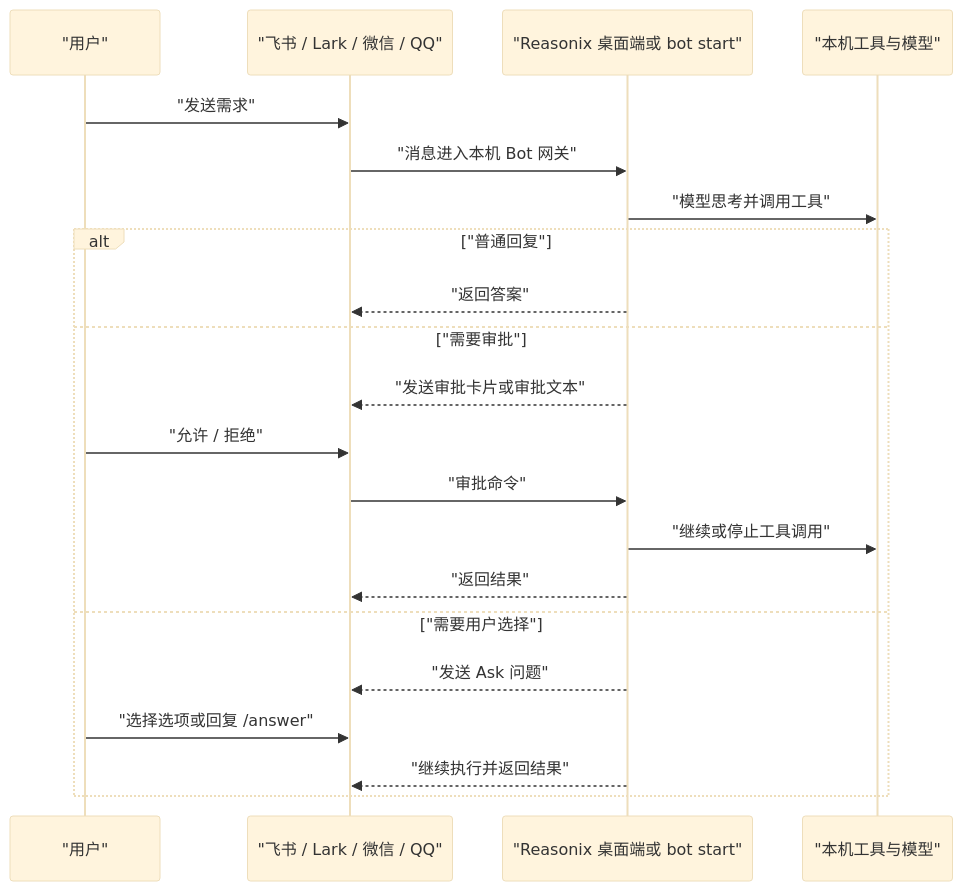
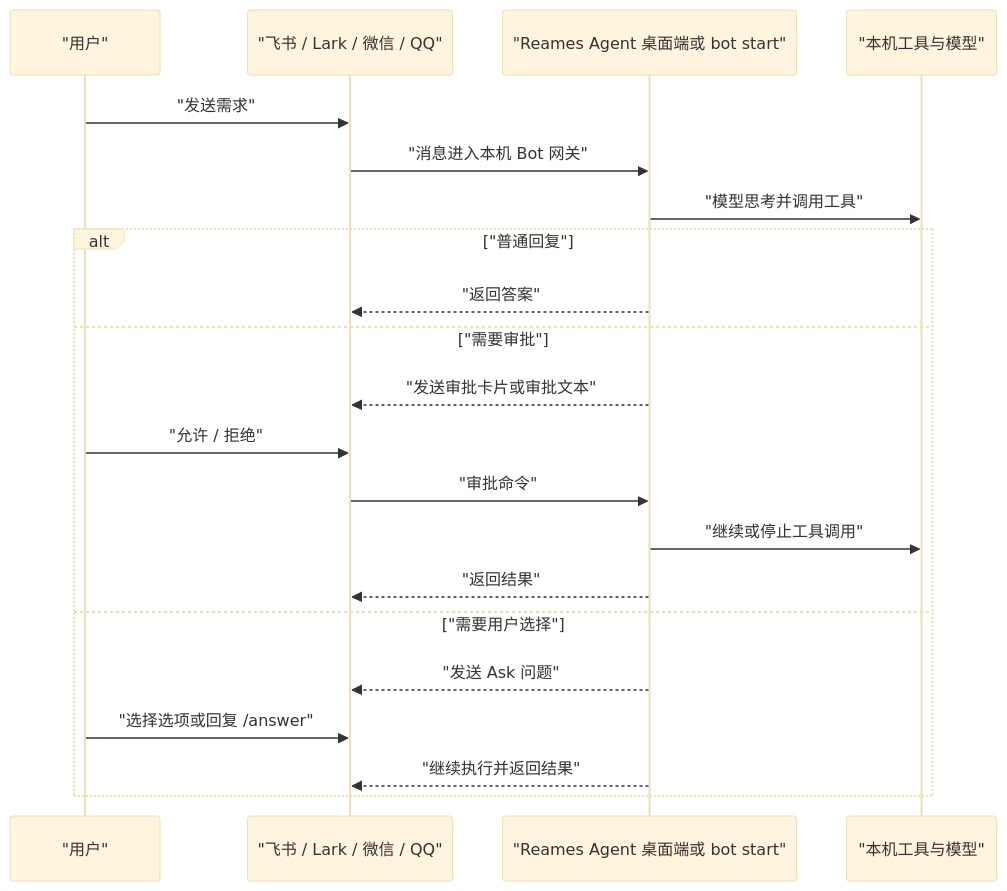
One commit to Ebonyhtx/reames-agent changed the second of 3 diagrams in docs/BOT_GUIDE.zh-CN.md. Above: the diagram before and after it, drawn with Mermaid (base theme). The commit also changed other lines of this file and 751 other files, not shown here.

First line of the commit message:
Rebrand: Reasonix → Reames Agent

````diff
--- a/docs/BOT_GUIDE.zh-CN.md
+++ b/docs/BOT_GUIDE.zh-CN.md
@@ -241,24 +241,24 @@
 ```mermaid
 sequenceDiagram
   participant U as "用户"
   participant IM as "飞书 / Lark / 微信 / QQ"
-  participant R as "Reasonix 桌面端或 bot start"
+  participant R as "Reames Agent 桌面端或 bot start"
   participant T as "本机工具与模型"
 
   U->>IM: "发送需求"
   IM->>R: "消息进入本机 Bot 网关"
   R->>T: "模型思考并调用工具"
   alt "普通回复"
     R-->>IM: "返回答案"
   else "需要审批"
     R-->>IM: "发送审批卡片或审批文本"
     U->>IM: "允许 / 拒绝"
     IM->>R: "审批命令"
     R->>T: "继续或停止工具调用"
     R-->>IM: "返回结果"
   else "需要用户选择"
     R-->>IM: "发送 Ask 问题"
     U->>IM: "选择选项或回复 /answer"
     R-->>IM: "继续执行并返回结果"
   end
 ```
````
